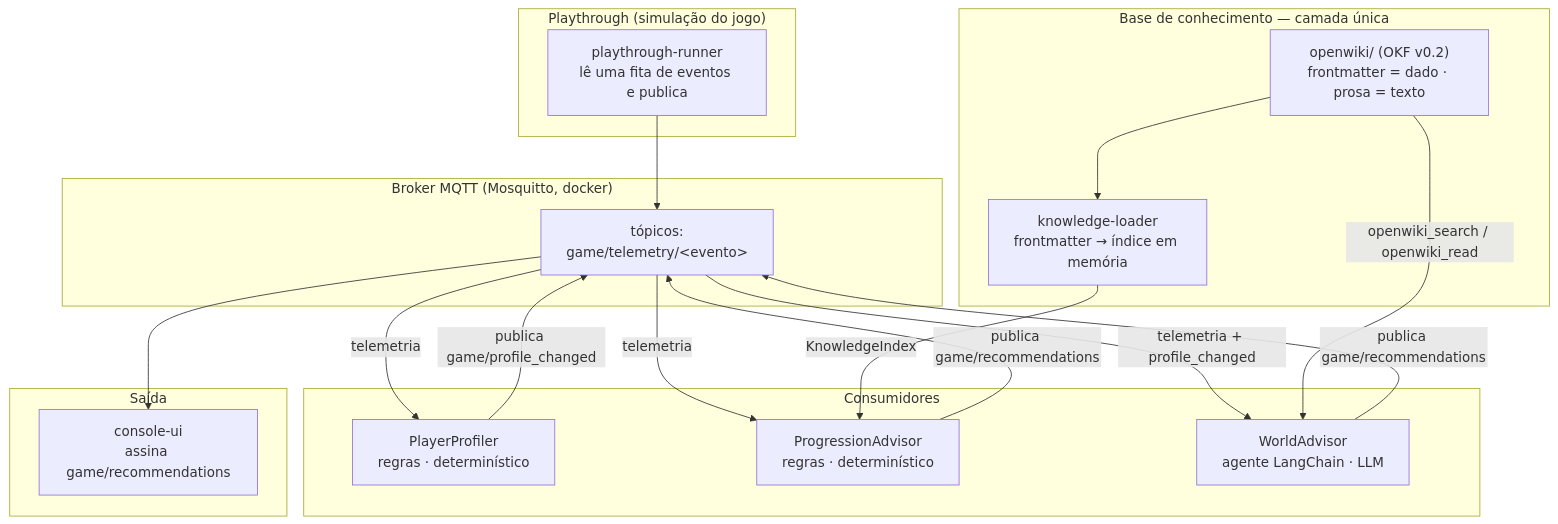
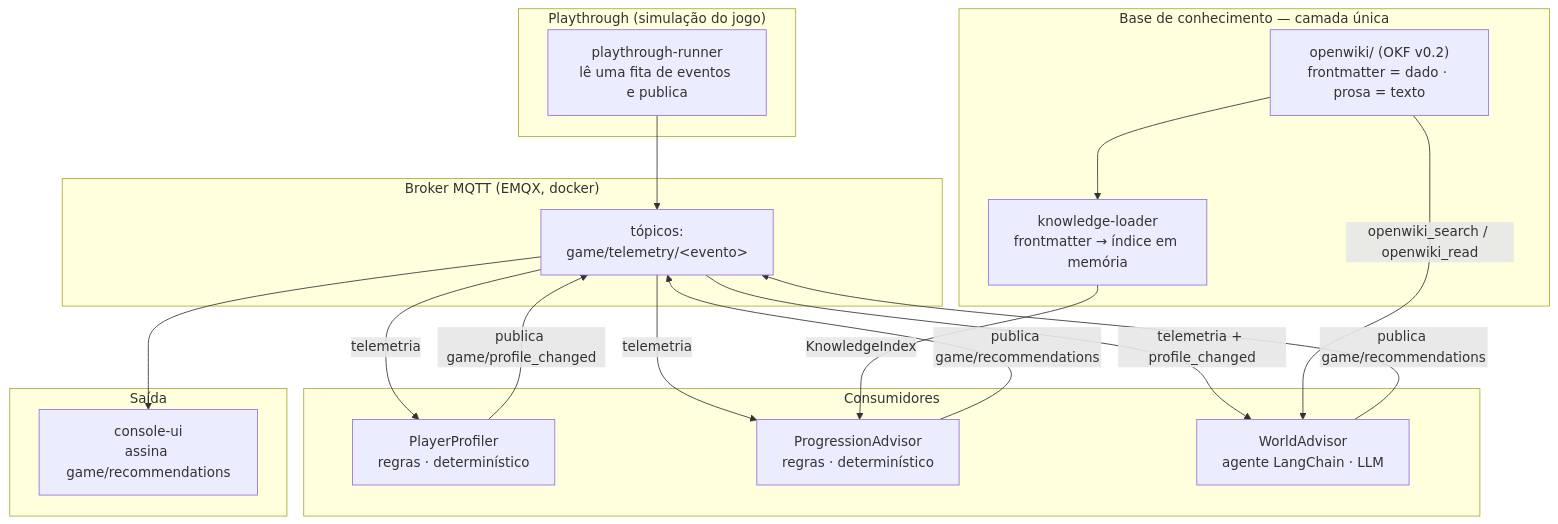
The diagram in ARCHITECTURE.md (thpoiani/dio-spec-driven-development-hands-on), drawn with Mermaid before and after one commit. The commit also changed other lines of this file and 3 other files, not shown here.

````diff
--- a/ARCHITECTURE.md
+++ b/ARCHITECTURE.md
@@ -8,37 +8,37 @@
 ```mermaid
 flowchart TD
     subgraph Sim ["Playthrough (simulação do jogo)"]
         PR["playthrough-runner<br/>lê uma fita de eventos e publica"]
     end
 
-    subgraph Broker ["Broker MQTT (Mosquitto, docker)"]
+    subgraph Broker ["Broker MQTT (EMQX, docker)"]
         T["tópicos:<br/>game/telemetry/&lt;evento&gt;"]
     end
 
     subgraph Consumers ["Consumidores"]
         PP["PlayerProfiler<br/>regras · determinístico"]
         PA["ProgressionAdvisor<br/>regras · determinístico"]
         WA["WorldAdvisor<br/>agente LangChain · LLM"]
     end
 
     subgraph KB ["Base de conhecimento — camada única"]
         W["openwiki/ (OKF v0.2)<br/>frontmatter = dado · prosa = texto"]
         L["knowledge-loader<br/>frontmatter → índice em memória"]
     end
 
     subgraph Out ["Saída"]
         UI["console-ui<br/>assina game/recommendations"]
     end
 
     PR --> T
     T -->|telemetria| PP
     T -->|telemetria| PA
     T -->|telemetria + profile_changed| WA
     W --> L
     L -->|KnowledgeIndex| PA
     W -->|openwiki_search / openwiki_read| WA
     PP -->|"publica game/profile_changed"| T
     PA -->|"publica game/recommendations"| T
     WA -->|"publica game/recommendations"| T
     T --> UI
 ```
````
